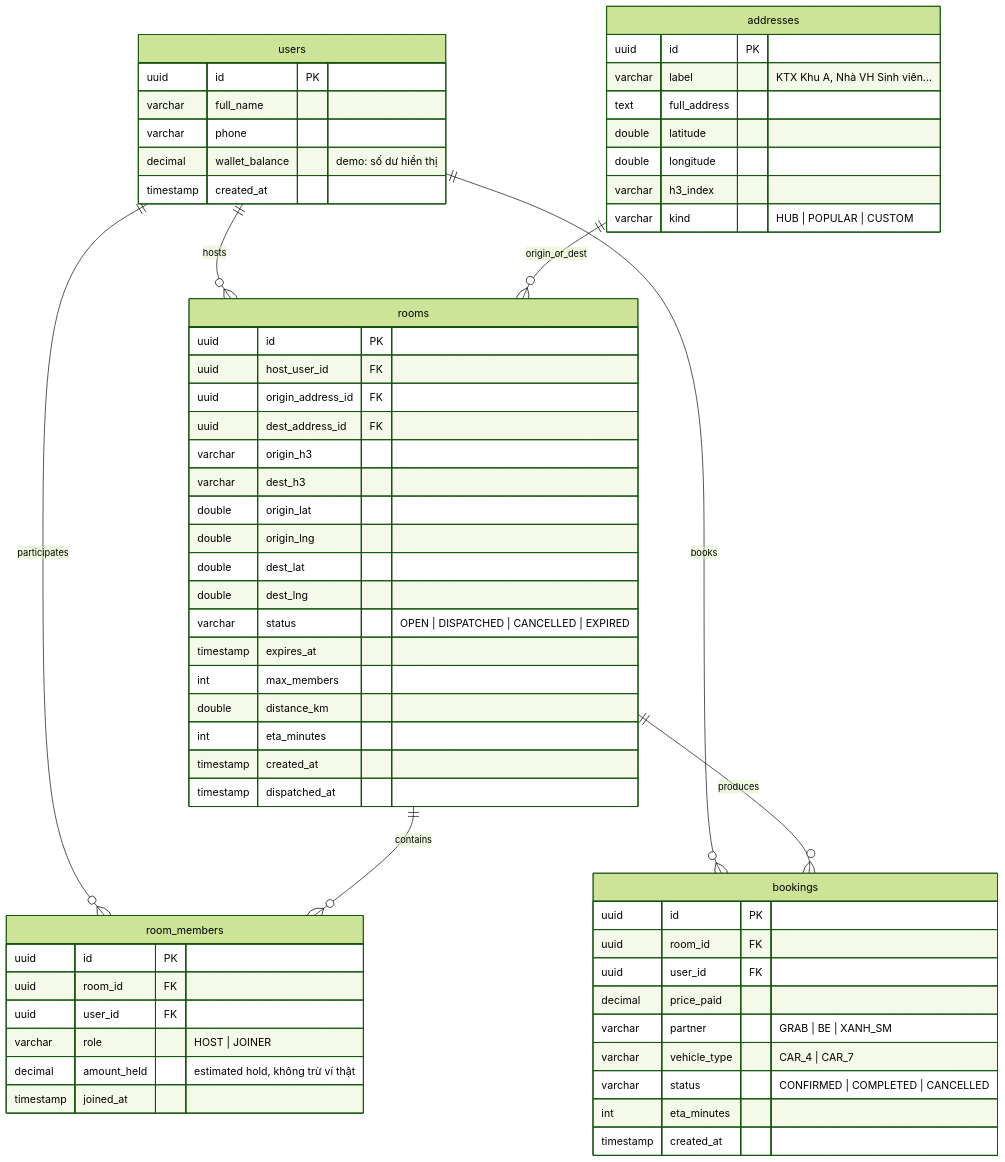
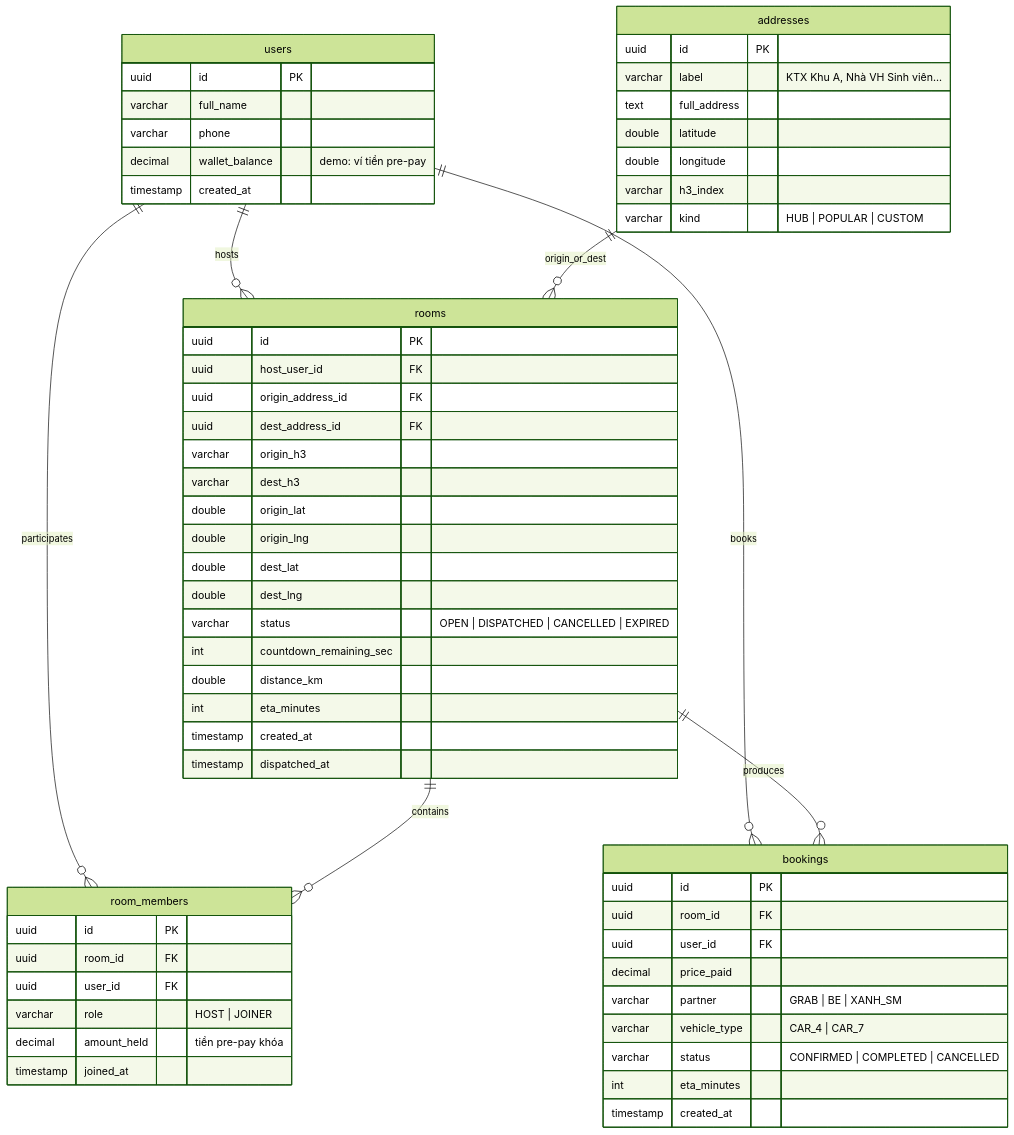
Before and after one commit to Quoocshi/Grab_Future_Hackathon_Team_F: the fifth of 6 diagrams in docs/hub-ride-architecture.md, drawn with Mermaid (forest theme). The commit also changed other lines of this file, not shown here.

````diff
--- a/docs/hub-ride-architecture.md
+++ b/docs/hub-ride-architecture.md
@@ -305,68 +268,67 @@
 ```mermaid
 erDiagram
     users {
         uuid id PK
         varchar full_name
         varchar phone
-        decimal wallet_balance "demo: số dư hiển thị"
+        decimal wallet_balance "demo: ví tiền pre-pay"
         timestamp created_at
     }
 
     addresses {
         uuid id PK
         varchar label "KTX Khu A, Nhà VH Sinh viên..."
         text full_address
         double latitude
         double longitude
         varchar h3_index
         varchar kind "HUB | POPULAR | CUSTOM"
     }
 
     rooms {
         uuid id PK
         uuid host_user_id FK
         uuid origin_address_id FK
         uuid dest_address_id FK
         varchar origin_h3
         varchar dest_h3
         double origin_lat
         double origin_lng
         double dest_lat
         double dest_lng
         varchar status "OPEN | DISPATCHED | CANCELLED | EXPIRED"
-        timestamp expires_at
-        int max_members
+        int countdown_remaining_sec
         double distance_km
         int eta_minutes
         timestamp created_at
         timestamp dispatched_at
     }
 
     room_members {
         uuid id PK
         uuid room_id FK
         uuid user_id FK
         varchar role "HOST | JOINER"
-        decimal amount_held "estimated hold, không trừ ví thật"
+        decimal amount_held "tiền pre-pay khóa"
         timestamp joined_at
     }
 
     bookings {
         uuid id PK
         uuid room_id FK
         uuid user_id FK
         decimal price_paid
         varchar partner "GRAB | BE | XANH_SM"
         varchar vehicle_type "CAR_4 | CAR_7"
         varchar status "CONFIRMED | COMPLETED | CANCELLED"
         int eta_minutes
         timestamp created_at
     }
 
     users ||--o{ rooms : hosts
     users ||--o{ room_members : participates
     users ||--o{ bookings : books
     addresses ||--o{ rooms : origin_or_dest
     rooms ||--o{ room_members : contains
     rooms ||--o{ bookings : produces
 ```
````
